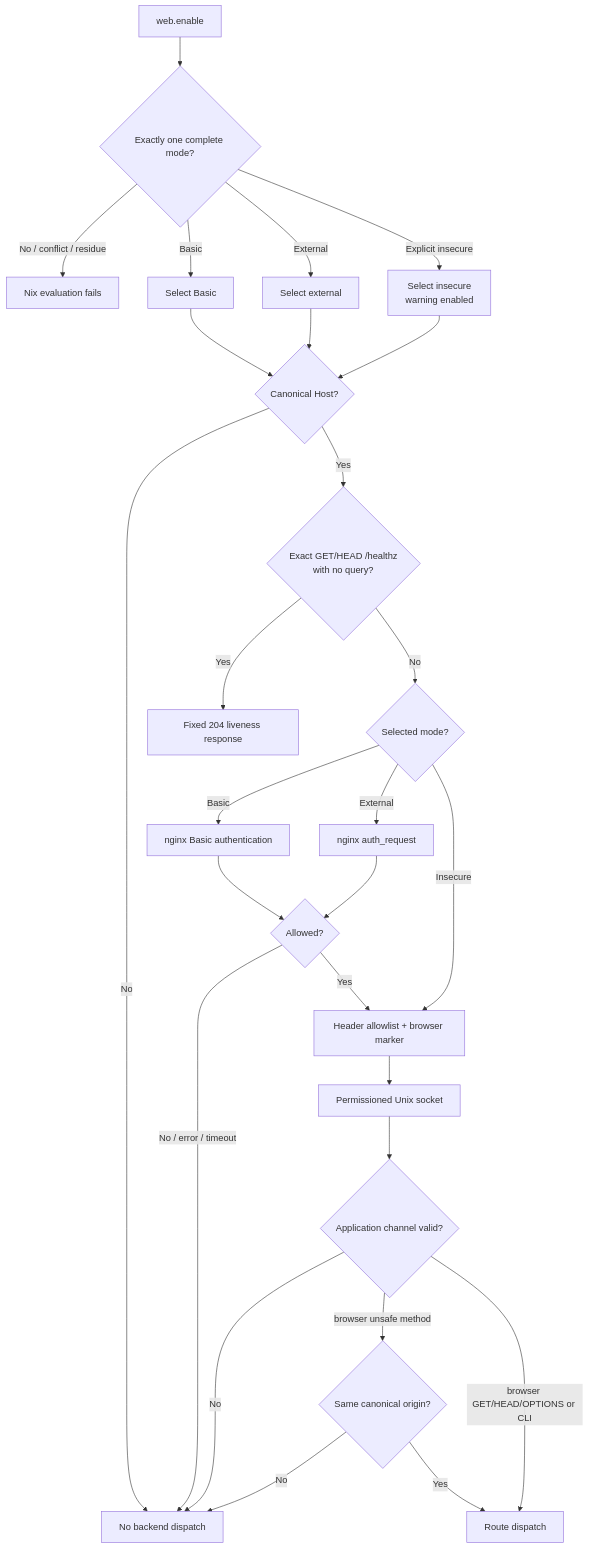
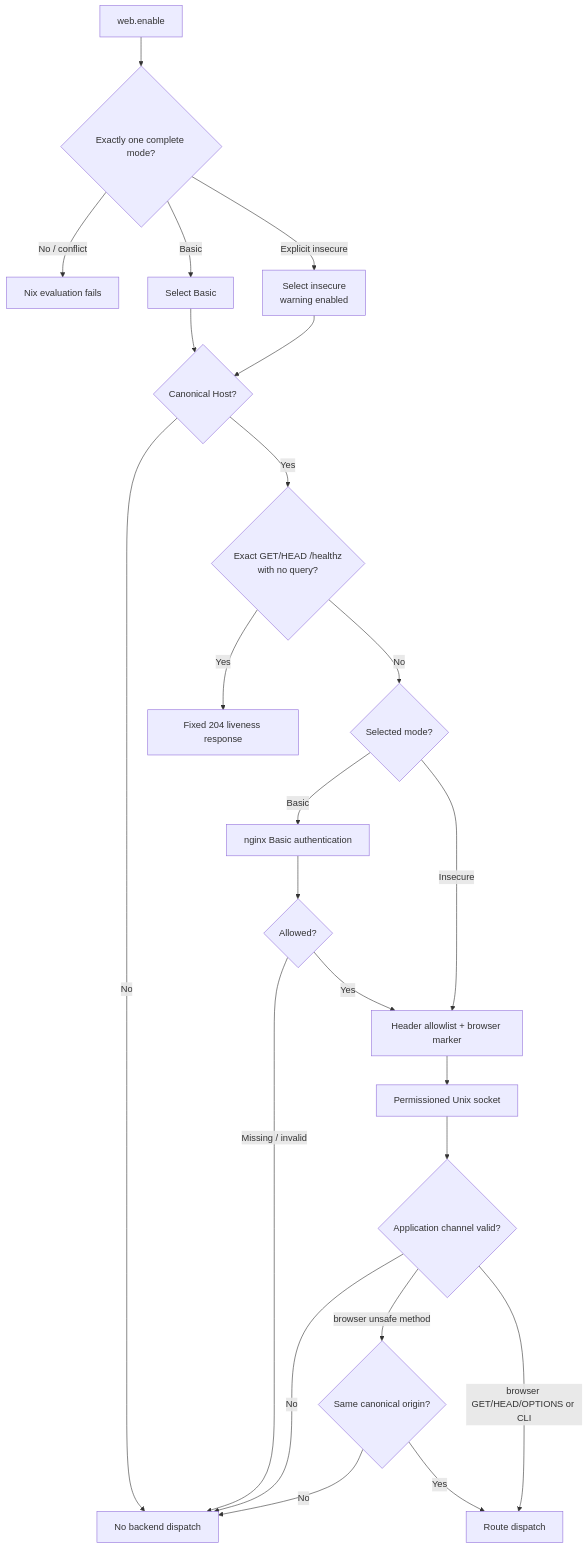
The second of 4 diagrams in docs/plans/2026-07-28-002-fix-web-authentication-perimeter-plan.md (abl030/cratedigger), drawn with Mermaid before and after one commit. The commit also changed other lines of this file, not shown here.

Commit message:
docs(plan): stage Basic auth delivery

````diff
--- a/docs/plans/2026-07-28-002-fix-web-authentication-perimeter-plan.md
+++ b/docs/plans/2026-07-28-002-fix-web-authentication-perimeter-plan.md
@@ -521,29 +494,25 @@
 ```mermaid
 flowchart TD
     E["web.enable"] --> C{"Exactly one complete mode?"}
-    C -->|"No / conflict / residue"| F["Nix evaluation fails"]
+    C -->|"No / conflict"| F["Nix evaluation fails"]
     C -->|"Basic"| MB["Select Basic"]
-    C -->|"External"| ME["Select external"]
     C -->|"Explicit insecure"| MI["Select insecure<br/>warning enabled"]
     MB --> H{"Canonical Host?"}
-    ME --> H
     MI --> H
     H -->|"No"| X["No backend dispatch"]
     H -->|"Yes"| L{"Exact GET/HEAD /healthz<br/>with no query?"}
     L -->|"Yes"| Z["Fixed 204 liveness response"]
     L -->|"No"| Q{"Selected mode?"}
     Q -->|"Basic"| B["nginx Basic authentication"]
-    Q -->|"External"| A["nginx auth_request"]
     Q -->|"Insecure"| G["Header allowlist + browser marker"]
     B --> D{"Allowed?"}
-    A --> D
-    D -->|"No / error / timeout"| X
+    D -->|"Missing / invalid"| X
     D -->|"Yes"| G
     G --> S["Permissioned Unix socket"]
     S --> P{"Application channel valid?"}
     P -->|"No"| X
     P -->|"browser unsafe method"| O{"Same canonical origin?"}
     P -->|"browser GET/HEAD/OPTIONS or CLI"| R["Route dispatch"]
     O -->|"No"| X
     O -->|"Yes"| R
 ```
````
